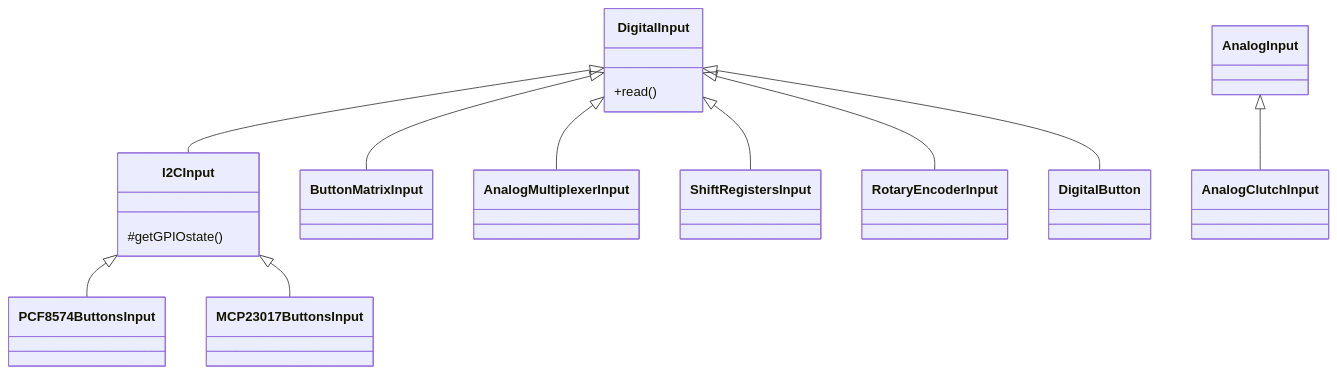
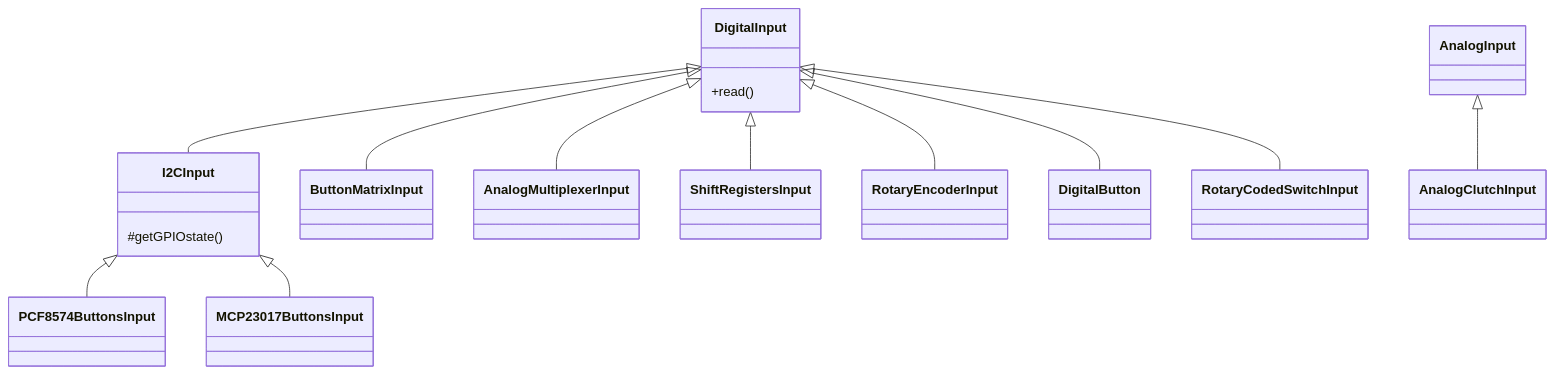
Before and after one commit to afpineda/OpenSourceSimWheelESP32: the second of 9 diagrams in doc/firmware/FirmwareArchitecture_en.md, drawn with Mermaid. The commit also changed other lines of this file and 1 other file, not shown here.

````diff
--- a/doc/firmware/FirmwareArchitecture_en.md
+++ b/doc/firmware/FirmwareArchitecture_en.md
@@ -213,18 +213,19 @@
 ```mermaid
 classDiagram
     class I2CInput{
       #getGPIOstate()
     }
     class DigitalInput{
       +read()
     }
     DigitalInput <|-- ButtonMatrixInput
     DigitalInput <|-- AnalogMultiplexerInput
     DigitalInput <|-- ShiftRegistersInput
     DigitalInput <|-- RotaryEncoderInput
     DigitalInput <|-- DigitalButton
+    DigitalInput <|-- RotaryCodedSwitchInput
     DigitalInput <|-- I2CInput
     I2CInput     <|-- PCF8574ButtonsInput
     I2CInput     <|-- MCP23017ButtonsInput
     AnalogInput  <|-- AnalogClutchInput
 ```
````
